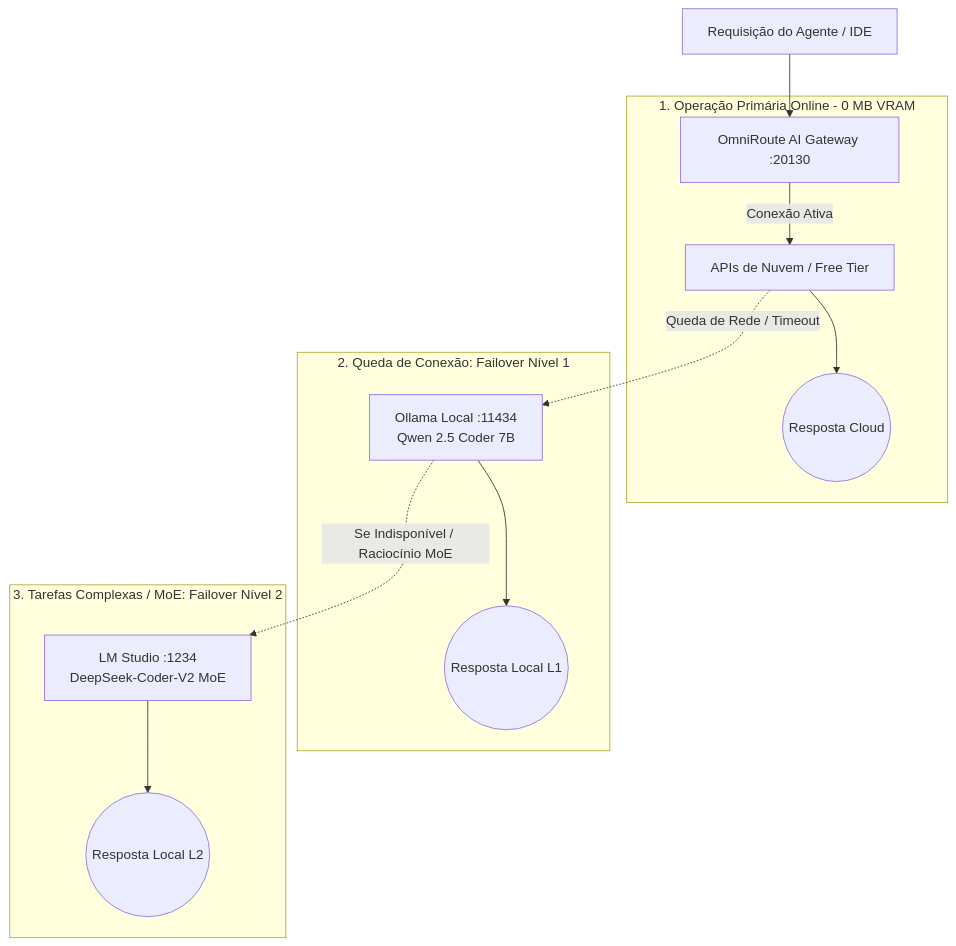
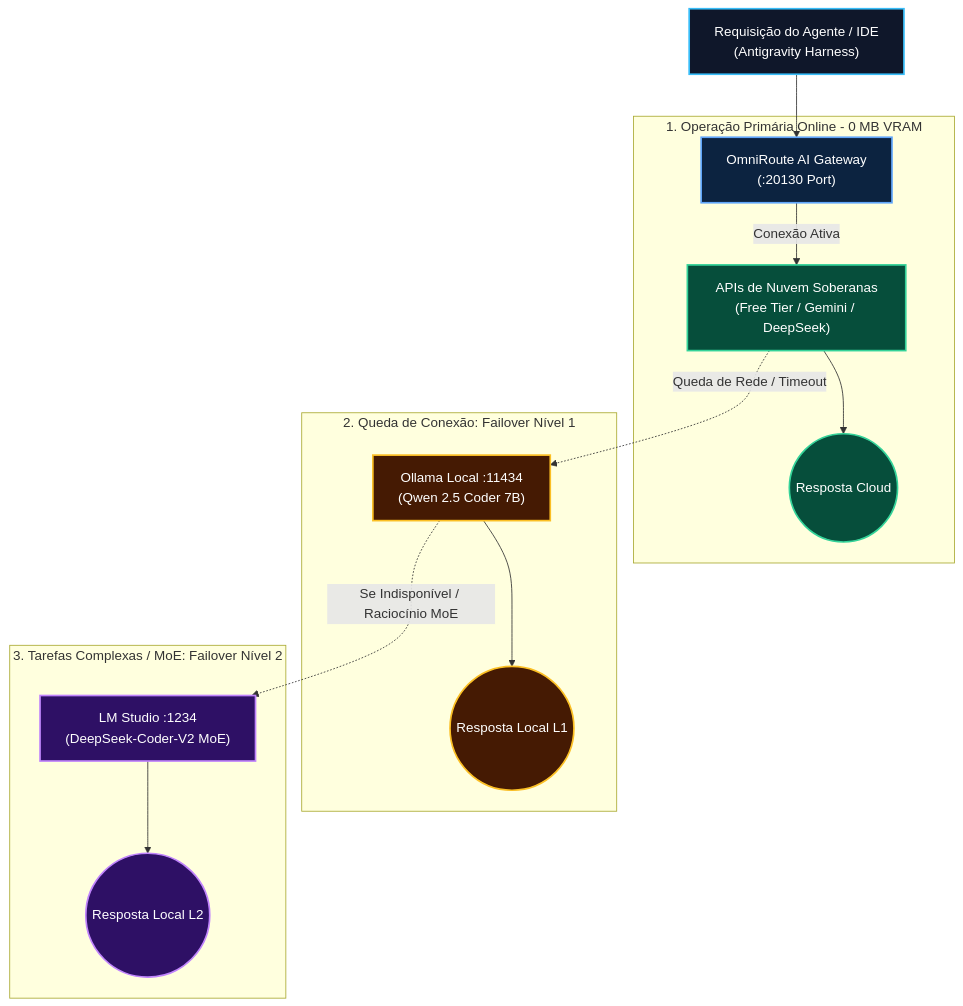
The fourth of 4 diagrams in README.md (EnterDufter/PromptCoreLabs_AEOS), drawn with Mermaid before and after one commit. The commit also changed 8 other files, not shown here.

Commit message:
style(mermaid): calibrate diagram dimensions, anti-clipping CSS and add cortex mermaid governance

````diff
--- a/README.md
+++ b/README.md
@@ -230,19 +230,25 @@
 ```mermaid
 flowchart TD
-    Req[Requisição do Agente / IDE] --> Gateway[OmniRoute AI Gateway :20130]
+    classDef req fill:#0f172a,stroke:#38bdf8,stroke-width:2px,color:#ffffff
+    classDef gate fill:#0c2340,stroke:#60a5fa,stroke-width:2px,color:#ffffff
+    classDef online fill:#064e3b,stroke:#34d399,stroke-width:2px,color:#ffffff
+    classDef failover fill:#451a03,stroke:#fbbf24,stroke-width:2px,color:#ffffff
+    classDef moe fill:#2e1065,stroke:#c084fc,stroke-width:2px,color:#ffffff
+
+    Req["Requisição do Agente / IDE<br/>(Antigravity Harness)"]:::req --> Gateway["OmniRoute AI Gateway<br/>(:20130 Port)"]:::gate
     
-    subgraph ModoOnline [1. Operação Primária Online - 0 MB VRAM]
-        Gateway -->|Conexão Ativa| CloudAPI[APIs de Nuvem / Free Tier]
-        CloudAPI --> ResCloud((Resposta Cloud))
+    subgraph ModoOnline ["1. Operação Primária Online - 0 MB VRAM"]
+        Gateway -->|Conexão Ativa| CloudAPI["APIs de Nuvem Soberanas<br/>(Free Tier / Gemini / DeepSeek)"]:::online
+        CloudAPI --> ResCloud(("Resposta Cloud")):::online
     end
     
-    subgraph FailoverL1 [2. Queda de Conexão: Failover Nível 1]
-        CloudAPI -.->|Queda de Rede / Timeout| OllamaLocal[Ollama Local :11434<br>Qwen 2.5 Coder 7B]
-        OllamaLocal --> ResOllama((Resposta Local L1))
+    subgraph FailoverL1 ["2. Queda de Conexão: Failover Nível 1"]
+        CloudAPI -.->|Queda de Rede / Timeout| OllamaLocal["Ollama Local :11434<br/>(Qwen 2.5 Coder 7B)"]:::failover
+        OllamaLocal --> ResOllama(("Resposta Local L1")):::failover
     end
     
-    subgraph FailoverL2 [3. Tarefas Complexas / MoE: Failover Nível 2]
-        OllamaLocal -.->|Se Indisponível / Raciocínio MoE| LMStudioLocal[LM Studio :1234<br>DeepSeek-Coder-V2 MoE]
-        LMStudioLocal --> ResLMS((Resposta Local L2))
+    subgraph FailoverL2 ["3. Tarefas Complexas / MoE: Failover Nível 2"]
+        OllamaLocal -.->|Se Indisponível / Raciocínio MoE| LMStudioLocal["LM Studio :1234<br/>(DeepSeek-Coder-V2 MoE)"]:::moe
+        LMStudioLocal --> ResLMS(("Resposta Local L2")):::moe
     end
 ```
````
